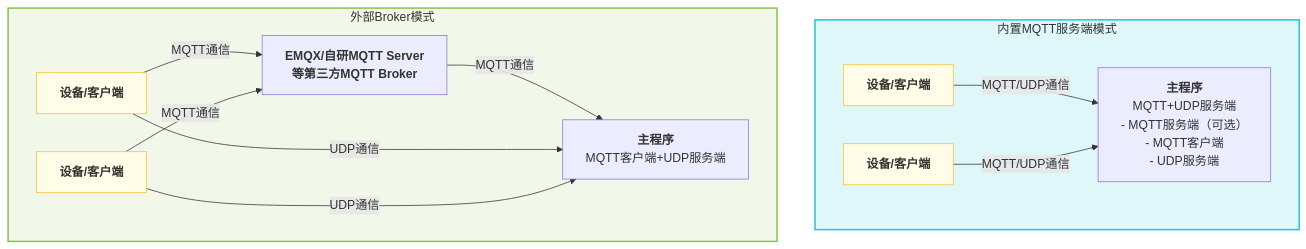
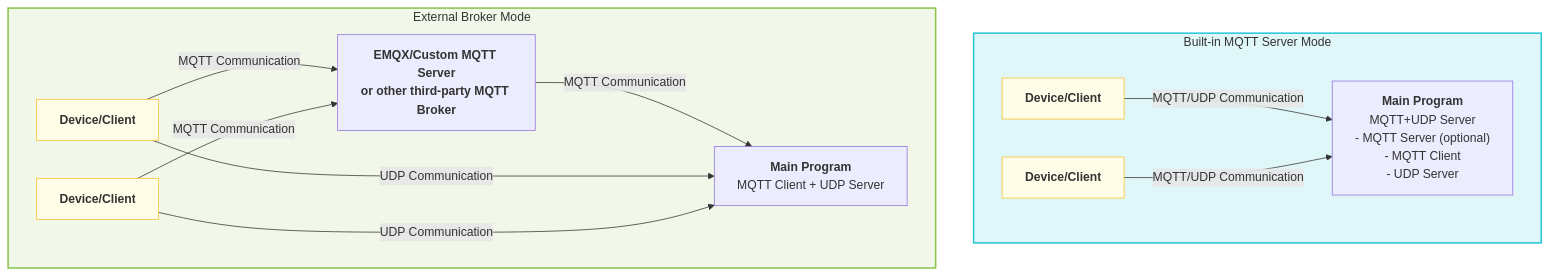
One commit to aredridel/xiaozhi-esp32-server-golang changed the diagram in doc/mqtt_udp.md. Above: the diagram before and after it, drawn with Mermaid. The commit also changed other lines of this file and 27 other files, not shown here.

````diff
--- a/doc/mqtt_udp.md
+++ b/doc/mqtt_udp.md
@@ -22,29 +22,29 @@
 ```mermaid
 flowchart TD
-    subgraph A[内置MQTT服务端模式]
+    subgraph A[Built-in MQTT Server Mode]
         direction LR
-        D1["<b>设备/客户端</b>"]
-        D2["<b>设备/客户端</b>"]
-        MQTTUDPServer["<b>主程序</b><br/>MQTT+UDP服务端<br/>- MQTT服务端（可选）<br/>- MQTT客户端<br/>- UDP服务端"]
-        D1 -- "MQTT/UDP通信" --> MQTTUDPServer
-        D2 -- "MQTT/UDP通信" --> MQTTUDPServer
+        D1["<b>Device/Client</b>"]
+        D2["<b>Device/Client</b>"]
+        MQTTUDPServer["<b>Main Program</b><br/>MQTT+UDP Server<br/>- MQTT Server (optional)<br/>- MQTT Client<br/>- UDP Server"]
+        D1 -- "MQTT/UDP Communication" --> MQTTUDPServer
+        D2 -- "MQTT/UDP Communication" --> MQTTUDPServer
     end
     
-    subgraph B[外部Broker模式]
+    subgraph B[External Broker Mode]
         direction LR
-        D3["<b>设备/客户端</b>"]
-        D4["<b>设备/客户端</b>"]
-        Broker["<b>EMQX/自研MQTT Server<br/>等第三方MQTT Broker</b>"]
-        MainServer["<b>主程序</b><br/>MQTT客户端+UDP服务端"]
-        D3 -- "MQTT通信" --> Broker
-        D4 -- "MQTT通信" --> Broker
-        Broker -- "MQTT通信" --> MainServer
-        D3 -- "UDP通信" --> MainServer
-        D4 -- "UDP通信" --> MainServer
+        D3["<b>Device/Client</b>"]
+        D4["<b>Device/Client</b>"]
+        Broker["<b>EMQX/Custom MQTT Server<br/>or other third-party MQTT Broker</b>"]
+        MainServer["<b>Main Program</b><br/>MQTT Client + UDP Server"]
+        D3 -- "MQTT Communication" --> Broker
+        D4 -- "MQTT Communication" --> Broker
+        Broker -- "MQTT Communication" --> MainServer
+        D3 -- "UDP Communication" --> MainServer
+        D4 -- "UDP Communication" --> MainServer
     end
     
     style A fill:#e0f7fa,stroke:#26c6da,stroke-width:2px
     style B fill:#f1f8e9,stroke:#8bc34a,stroke-width:2px
     classDef device fill:#fffde7,stroke:#fbc02d,stroke-width:1px;
     class D1,D2,D3,D4 device;
 ```
````
